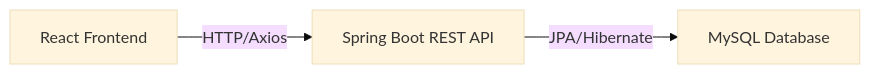
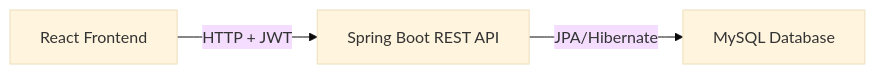
The diagram in README.md (neelwankhade007-rgb/home-kitchen), drawn with Mermaid (base theme) before and after one commit. The commit also changed other lines of this file and 8 other files, not shown here.

````diff
--- a/README.md
+++ b/README.md
@@ -30,5 +41,5 @@
 ```mermaid
 graph LR
-    A[React Frontend] -- HTTP/Axios --> B[Spring Boot REST API]
+    A[React Frontend] -- HTTP + JWT --> B[Spring Boot REST API]
     B -- JPA/Hibernate --> C[MySQL Database]
 ```
````
